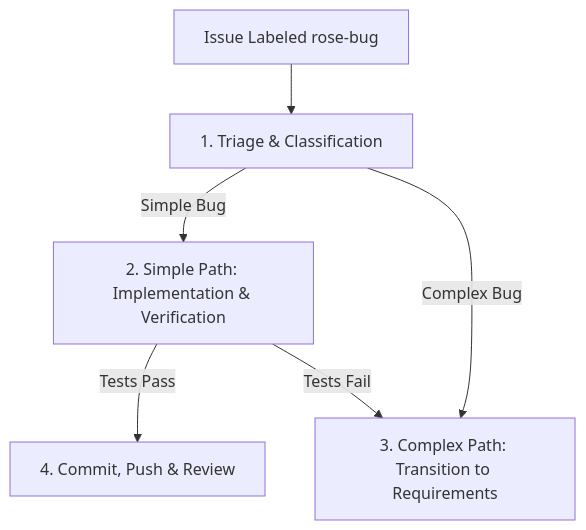
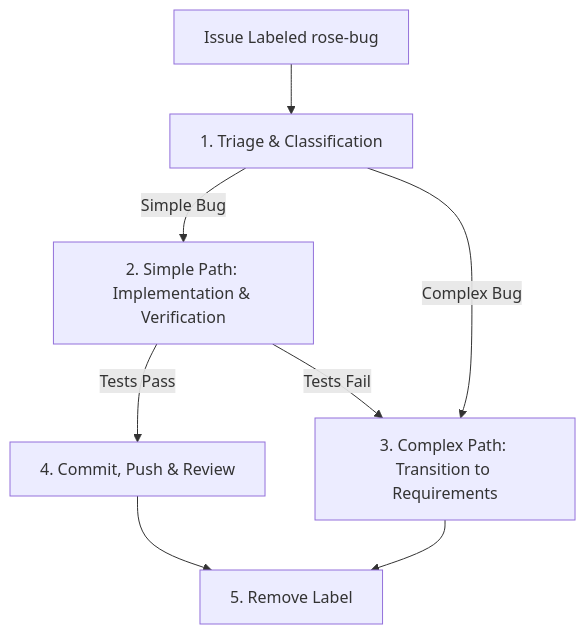
The diagram in .agent/workflows/seraphine-bug.md (brotherlogic/rose), drawn with Mermaid before and after one commit. The commit also changed other lines of this file and 5 other files, not shown here.

````diff
--- a/.agent/workflows/seraphine-bug.md
+++ b/.agent/workflows/seraphine-bug.md
@@ -7,8 +7,10 @@
 ```mermaid
 graph TD
     A[Issue Labeled rose-bug] --> B[1. Triage & Classification]
     B -->|Simple Bug| C[2. Simple Path: Implementation & Verification]
     B -->|Complex Bug| D[3. Complex Path: Transition to Requirements]
     C -->|Tests Pass| E[4. Commit, Push & Review]
     C -->|Tests Fail| D
+    E --> F[5. Remove Label]
+    D --> F
 ```
````
